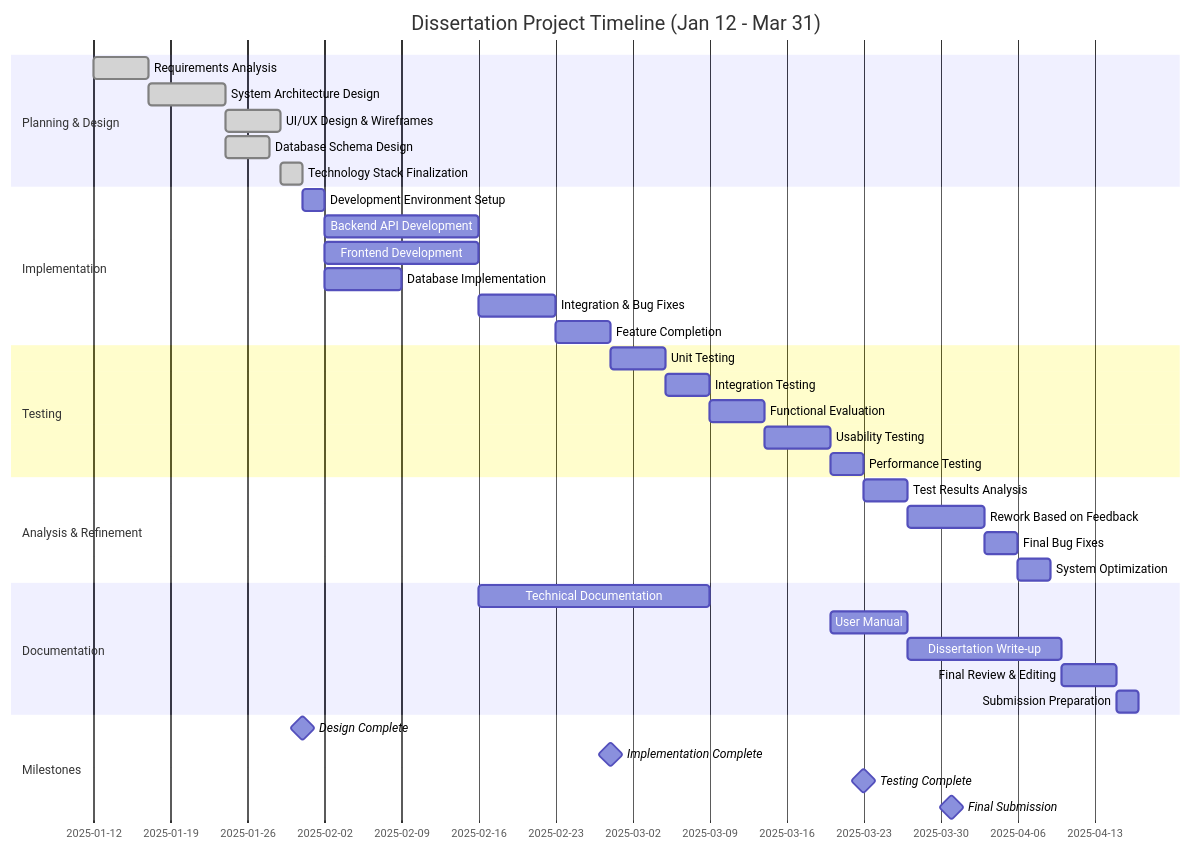
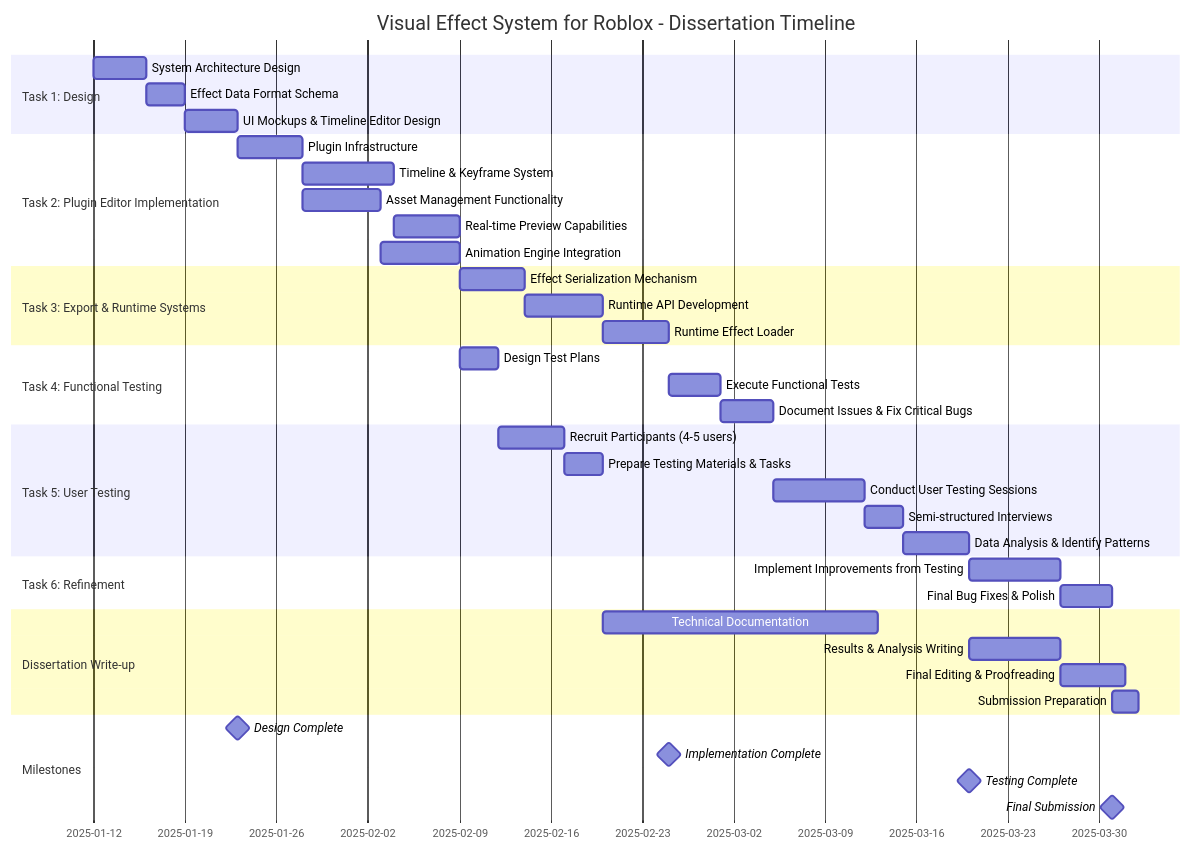
Before and after one commit to slitherylemur/ROBLOX-Visual-Effect-System: the diagram in README.md, drawn with Mermaid. The commit also changed other lines of this file, not shown here.

Commit message:
Revise dissertation project timeline and tasks
Updated project timeline and task breakdown for dissertation, including new tasks and adjusted dates.

````diff
--- a/README.md
+++ b/README.md
@@ -3,46 +3,50 @@
 ```mermaid
 gantt
-    title Dissertation Project Timeline (Jan 12 - Mar 31)
+    title Visual Effect System for Roblox - Dissertation Timeline
     dateFormat YYYY-MM-DD
 
-    section Planning & Design
-    Requirements Analysis           :done, req, 2025-01-12, 5d
-    System Architecture Design      :done, arch, after req, 7d
-    UI/UX Design & Wireframes       :done, ui, after arch, 5d
-    Database Schema Design          :done, db, after arch, 4d
-    Technology Stack Finalization   :done, tech, after ui, 2d
+    section Task 1: Design
+    System Architecture Design          :t1a, 2025-01-12, 4d
+    Effect Data Format Schema           :t1b, after t1a, 3d
+    UI Mockups & Timeline Editor Design :t1c, after t1b, 4d
 
-    section Implementation
-    Development Environment Setup   :dev-setup, after tech, 2d
-    Backend API Development         :backend, after dev-setup, 14d
-    Frontend Development            :frontend, after dev-setup, 14d
-    Database Implementation         :database, after dev-setup, 7d
-    Integration & Bug Fixes         :integration, after backend, 7d
-    Feature Completion              :features, after integration, 5d
+    section Task 2: Plugin Editor Implementation
+    Plugin Infrastructure               :t2a, after t1c, 5d
+    Timeline & Keyframe System          :t2b, after t2a, 7d
+    Asset Management Functionality      :t2c, after t2a, 6d
+    Real-time Preview Capabilities      :t2d, after t2b, 5d
+    Animation Engine Integration        :t2e, after t2c, 6d
 
-    section Testing
-    Unit Testing                    :unit, after features, 5d
-    Integration Testing             :int-test, after unit, 4d
-    Functional Evaluation           :func-eval, after int-test, 5d
-    Usability Testing               :usability, after func-eval, 6d
-    Performance Testing             :perf, after usability, 3d
+    section Task 3: Export & Runtime Systems
+    Effect Serialization Mechanism      :t3a, after t2d, 5d
+    Runtime API Development             :t3b, after t3a, 6d
+    Runtime Effect Loader               :t3c, after t3b, 5d
 
-    section Analysis & Refinement
-    Test Results Analysis           :analysis, after perf, 4d
-    Rework Based on Feedback        :rework, after analysis, 7d
-    Final Bug Fixes                 :final-bugs, after rework, 3d
-    System Optimization             :optimize, after final-bugs, 3d
+    section Task 4: Functional Testing
+    Design Test Plans                   :t4a, after t2e, 3d
+    Execute Functional Tests            :t4b, after t3c, 4d
+    Document Issues & Fix Critical Bugs :t4c, after t4b, 4d
 
-    section Documentation
-    Technical Documentation         :tech-doc, after frontend, 21d
-    User Manual                     :user-doc, after usability, 7d
-    Dissertation Write-up           :writeup, after analysis, 14d
-    Final Review & Editing          :review, after writeup, 5d
-    Submission Preparation          :submit, after review, 2d
+    section Task 5: User Testing
+    Recruit Participants (4-5 users)    :t5a, after t4a, 5d
+    Prepare Testing Materials & Tasks   :t5b, after t5a, 3d
+    Conduct User Testing Sessions       :t5c, after t4c, 7d
+    Semi-structured Interviews          :t5d, after t5c, 3d
+    Data Analysis & Identify Patterns   :t5e, after t5d, 5d
+
+    section Task 6: Refinement
+    Implement Improvements from Testing :t6a, after t5e, 7d
+    Final Bug Fixes & Polish            :t6b, after t6a, 4d
+
+    section Dissertation Write-up
+    Technical Documentation             :doc1, after t3b, 21d
+    Results & Analysis Writing          :doc2, after t5e, 7d
+    Final Editing & Proofreading        :doc3, after doc2, 5d
+    Submission Preparation              :doc4, after t6b, 2d
 
     section Milestones
-    Design Complete                 :milestone, after tech, 0d
-    Implementation Complete         :milestone, after features, 0d
-    Testing Complete                :milestone, after perf, 0d
-    Final Submission                :milestone, 2025-03-31, 0d
+    Design Complete                     :milestone, after t1c, 0d
+    Implementation Complete             :milestone, after t3c, 0d
+    Testing Complete                    :milestone, after t5e, 0d
+    Final Submission                    :milestone, 2025-03-31, 0d
 ```
````
